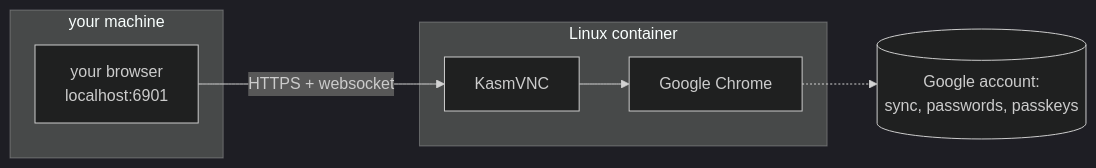
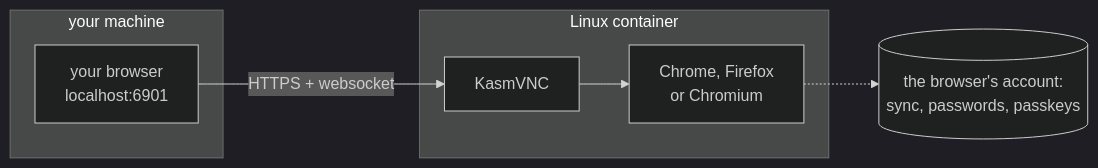
Before and after one commit to sapn95/browser-in-a-box: the second of 3 diagrams in README.md, drawn with Mermaid (dark theme). The commit also changed other lines of this file and 1 other file, not shown here.

Commit message:
docs: the diagrams show three browsers, and the README is checked against the code
The three Mermaid figures still drew Google Chrome as the only thing in the box
and a Google account as the only thing it syncs with. The chooser, the container
figure and the VM figure now name what BIB_BROWSER actually offers.

The settings and command tables are no longer proof-read. A test compares the
BIB_* names in bib.py with the ones the README mentions, and BOX_ACTIONS and
VM_ACTIONS with the commands it lists, in both directions: a setting the README
forgets is one nobody finds, and one it invents is worse. This file has been
renamed twice and gained a browser table, and every pass by hand missed something.

````diff
--- a/README.md
+++ b/README.md
@@ -87,11 +87,11 @@
 ```mermaid
 flowchart LR
     subgraph host [your machine]
         B[your browser<br/>localhost:6901]
     end
     subgraph ctr [Linux container]
-        K[KasmVNC] --> C[Google Chrome]
+        K[KasmVNC] --> C[Chrome, Firefox<br/>or Chromium]
     end
     B -- "HTTPS + websocket" --> K
-    C -.-> G[(Google account:<br/>sync, passwords, passkeys)]
+    C -.-> G[(the browser's account:<br/>sync, passwords, passkeys)]
 ```
````
